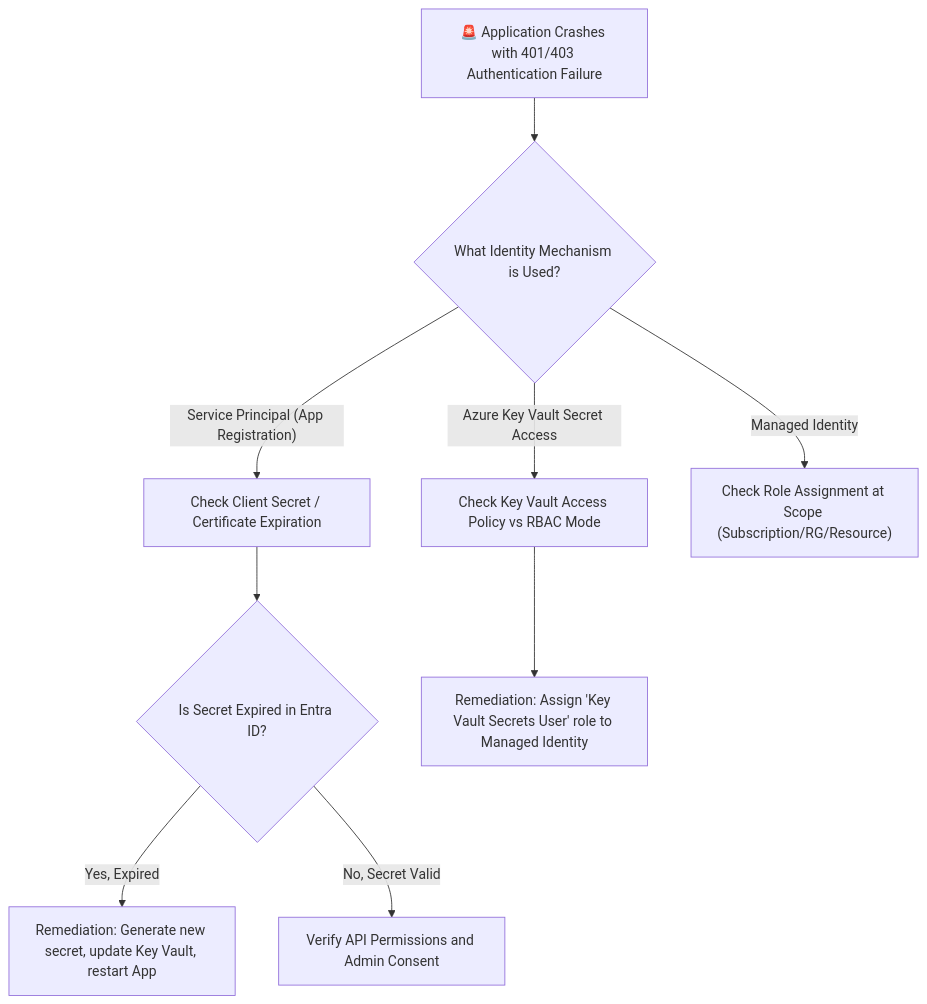
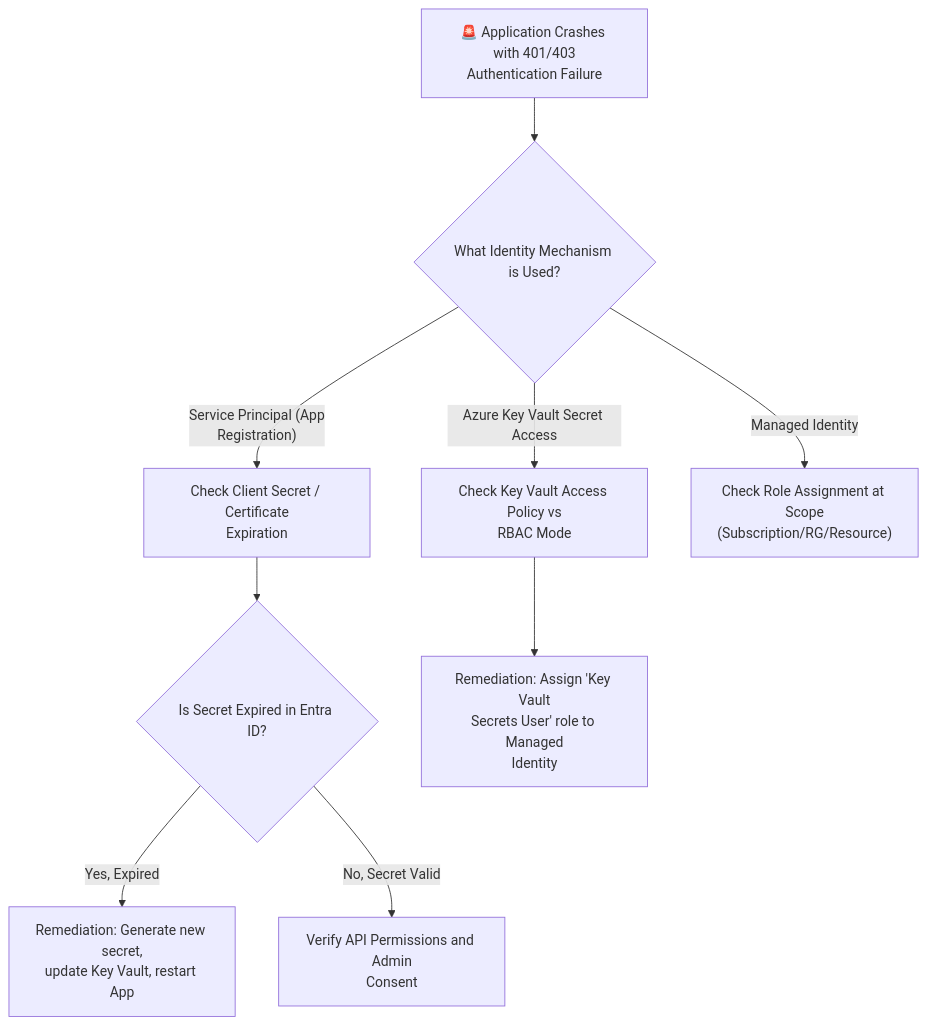
The diagram in runbooks/04_entra_id_rbac_and_keyvault_secret_rotation_disasters.md (santoshjammi29/azure-cheat-sheet), drawn with Mermaid before and after one commit. The commit also changed 15 other files, not shown here.

Commit message:
fix(diagrams): word-wrap labels and escape comparison operators across all diagrams

````diff
--- a/runbooks/04_entra_id_rbac_and_keyvault_secret_rotation_disasters.md
+++ b/runbooks/04_entra_id_rbac_and_keyvault_secret_rotation_disasters.md
@@ -11,14 +11,14 @@
 ```mermaid
 flowchart TD
-    AuthAlert["🚨 Application Crashes with 401/403 Authentication Failure"] --> IdentifyType{"What Identity Mechanism is Used?"}
+    AuthAlert["🚨 Application Crashes with 401/403<br/>Authentication Failure"] --> IdentifyType{"What Identity Mechanism is Used?"}
 
-    IdentifyType -->|"Service Principal (App Registration)"| SPTriage["Check Client Secret / Certificate Expiration"]
-    IdentifyType -->|"Azure Key Vault Secret Access"| KVTriage["Check Key Vault Access Policy vs RBAC Mode"]
-    IdentifyType -->|"Managed Identity"| MITriage["Check Role Assignment at Scope (Subscription/RG/Resource)"]
+    IdentifyType -->|"Service Principal (App<br/>Registration)"| SPTriage["Check Client Secret / Certificate<br/>Expiration"]
+    IdentifyType -->|"Azure Key Vault Secret Access"| KVTriage["Check Key Vault Access Policy vs<br/>RBAC Mode"]
+    IdentifyType -->|"Managed Identity"| MITriage["Check Role Assignment at Scope<br/>(Subscription/RG/Resource)"]
 
     SPTriage --> SecretExpired{"Is Secret Expired in Entra ID?"}
-    SecretExpired -->|"Yes, Expired"| RotateSecret["Remediation: Generate new secret, update Key Vault, restart App"]
-    SecretExpired -->|"No, Secret Valid"| CheckPermissions["Verify API Permissions and Admin Consent"]
+    SecretExpired -->|"Yes, Expired"| RotateSecret["Remediation: Generate new secret,<br/>update Key Vault, restart App"]
+    SecretExpired -->|"No, Secret Valid"| CheckPermissions["Verify API Permissions and Admin<br/>Consent"]
 
-    KVTriage --> FixKVRBAC["Remediation: Assign 'Key Vault Secrets User' role to Managed Identity"]
+    KVTriage --> FixKVRBAC["Remediation: Assign 'Key Vault<br/>Secrets User' role to Managed<br/>Identity"]
 ```
````
